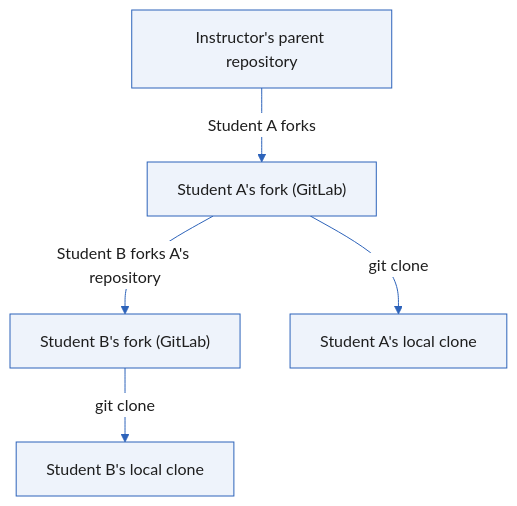
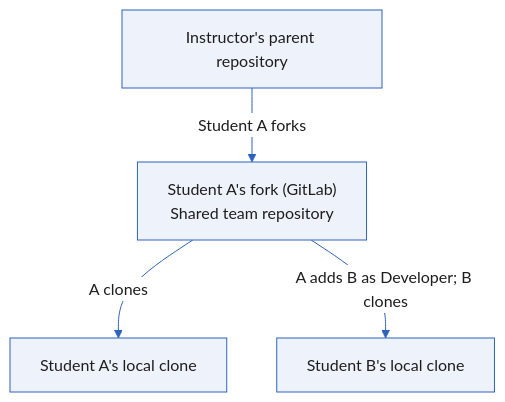
Before and after one commit to mlp6/Embedded-Medical-Devices: the second of 5 diagrams in slides/git-fundamentals.qmd, drawn with Mermaid. The commit also changed other lines of this file and 1 other file, not shown here.

Commit message:
change to use one student repo instead of 2 forks

````diff
--- a/slides/git-fundamentals.qmd
+++ b/slides/git-fundamentals.qmd
@@ -438,16 +438,14 @@
 ```{mermaid}
 %%{init: {"theme": "base", "themeVariables": {"primaryColor": "#eef3fb", "primaryBorderColor": "#2d63ba", "primaryTextColor": "#1e1e1e", "lineColor": "#2d63ba", "edgeLabelBackground": "#ffffff"}}}%%
 flowchart TB
-    accTitle: Two-student fork and clone setup
-    accDescr: Student A forks the instructor's repository. Student B forks Student A's fork. Each student clones their own fork to their local machine.
+    accTitle: Two students sharing one GitLab repository
+    accDescr: Student A forks the instructor's repository and adds Student B as a Developer to that project. Both students clone Student A's repository to their own local machines and use it as origin.
     Upstream["Instructor's parent repository"]
-    AFork["Student A's fork (GitLab)"]
-    BFork["Student B's fork (GitLab)"]
+    AFork["Student A's fork (GitLab)<br/>Shared team repository"]
     ALocal["Student A's local clone"]
     BLocal["Student B's local clone"]
 
     Upstream -->|"Student A forks"| AFork
-    AFork -->|"Student B forks A's repository"| BFork
-    AFork -->|"git clone"| ALocal
-    BFork -->|"git clone"| BLocal
+    AFork -->|"A clones"| ALocal
+    AFork -->|"A adds B as Developer; B clones"| BLocal
 ```
````
